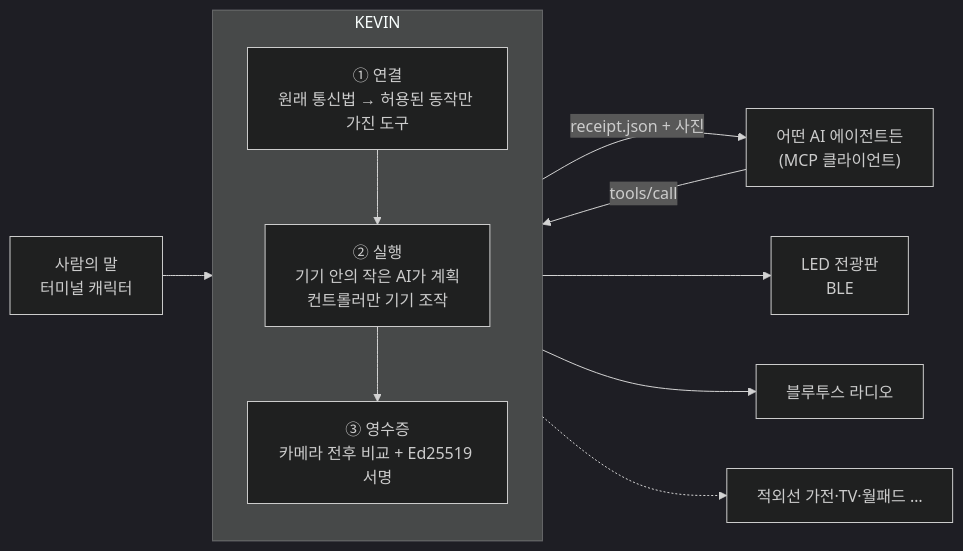
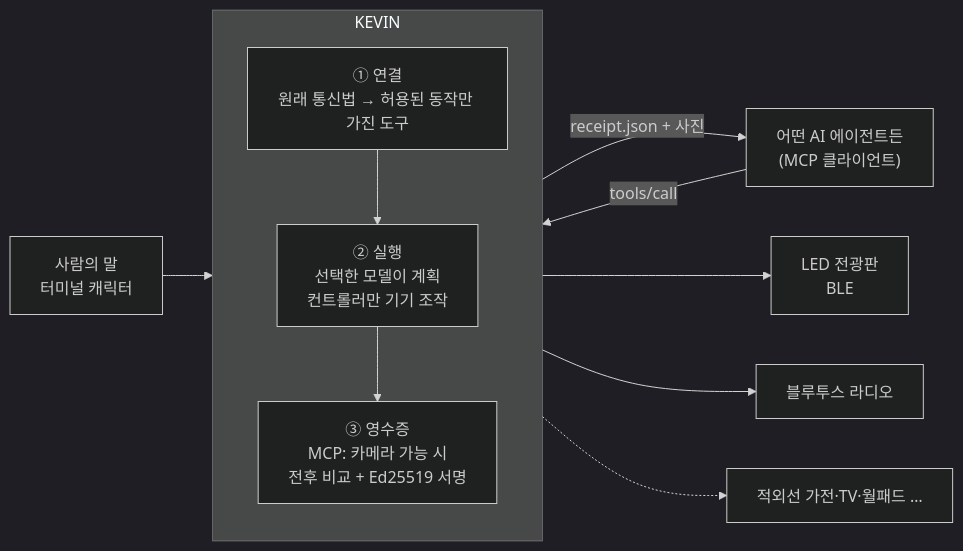
One commit to sergiobuilds/kevin changed the diagram in README.md. Above: the diagram before and after it, drawn with Mermaid (dark theme). The commit also changed other lines of this file, not shown here.

````diff
--- a/README.md
+++ b/README.md
@@ -31,16 +31,16 @@
 ```mermaid
 flowchart LR
     A["어떤 AI 에이전트든<br/>(MCP 클라이언트)"] -->|tools/call| K
     U["사람의 말<br/>터미널 캐릭터"] --> K
     subgraph K["KEVIN"]
         direction TB
         C["① 연결<br/>원래 통신법 → 허용된 동작만 가진 도구"]
-        P["② 실행<br/>기기 안의 작은 AI가 계획<br/>컨트롤러만 기기 조작"]
-        R["③ 영수증<br/>카메라 전후 비교 + Ed25519 서명"]
+        P["② 실행<br/>선택한 모델이 계획<br/>컨트롤러만 기기 조작"]
+        R["③ 영수증<br/>MCP: 카메라 가능 시<br/>전후 비교 + Ed25519 서명"]
         C --> P --> R
     end
     K --> LED["LED 전광판<br/>BLE"]
     K --> RAD["블루투스 라디오"]
     K -.-> IR["적외선 가전·TV·월패드 …"]
     R -->|"receipt.json + 사진"| A
 ```
````
